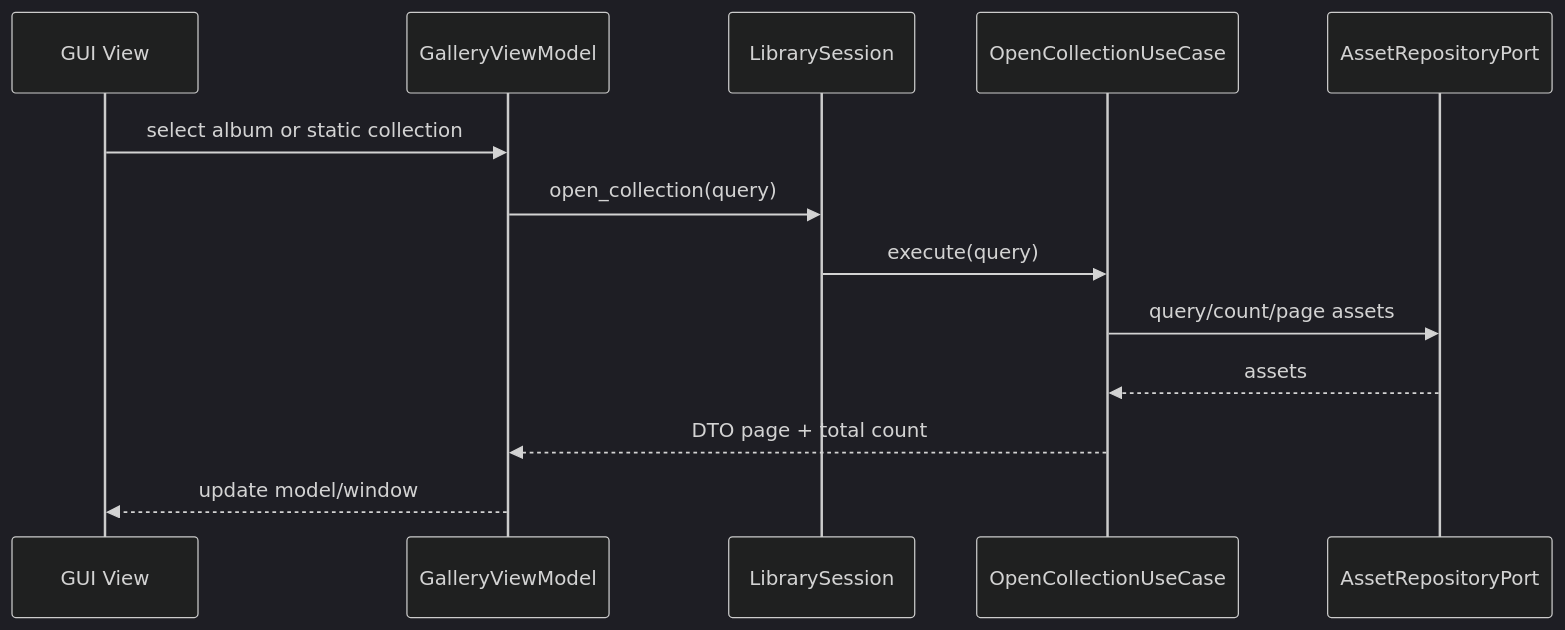
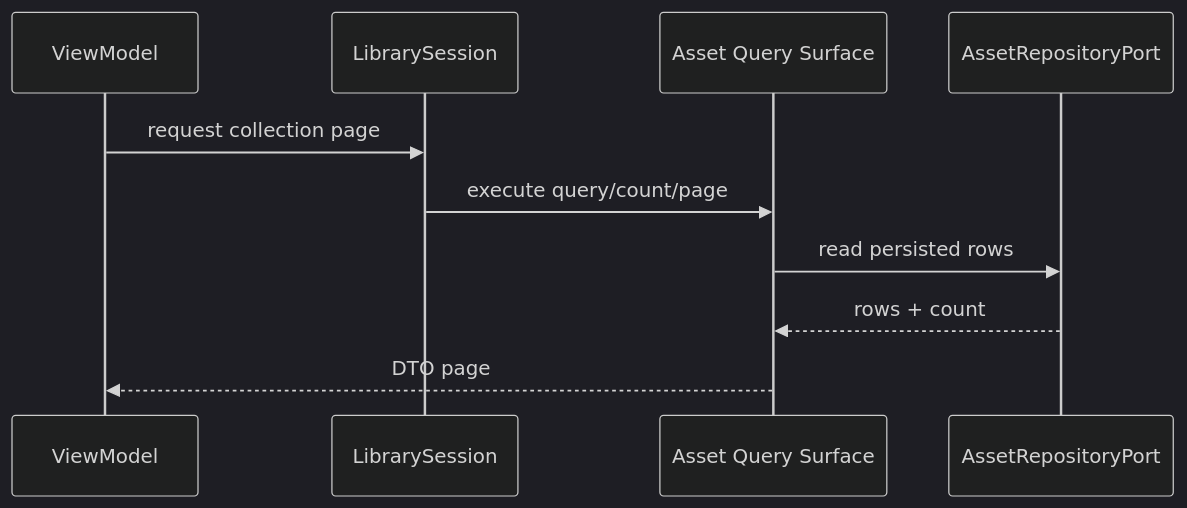
The third of 6 diagrams in docs/architecture.md (OliverZhaohaibin/iPhotron-LocalPhotoAlbumManager), drawn with Mermaid (dark theme) before and after one commit. The commit also changed other lines of this file and 5 other files, not shown here.

Commit message:
docs: align vNext architecture documentation

````diff
--- a/docs/architecture.md
+++ b/docs/architecture.md
@@ -332,16 +278,13 @@
 ```mermaid
 sequenceDiagram
-    participant UI as GUI View
-    participant VM as GalleryViewModel
+    participant VM as ViewModel
     participant Session as LibrarySession
-    participant UseCase as OpenCollectionUseCase
+    participant Query as Asset Query Surface
     participant Repo as AssetRepositoryPort
 
-    UI->>VM: select album or static collection
-    VM->>Session: open_collection(query)
-    Session->>UseCase: execute(query)
-    UseCase->>Repo: query/count/page assets
-    Repo-->>UseCase: assets
-    UseCase-->>VM: DTO page + total count
-    VM-->>UI: update model/window
+    VM->>Session: request collection page
+    Session->>Query: execute query/count/page
+    Query->>Repo: read persisted rows
+    Repo-->>Query: rows + count
+    Query-->>VM: DTO page
 ```
````
